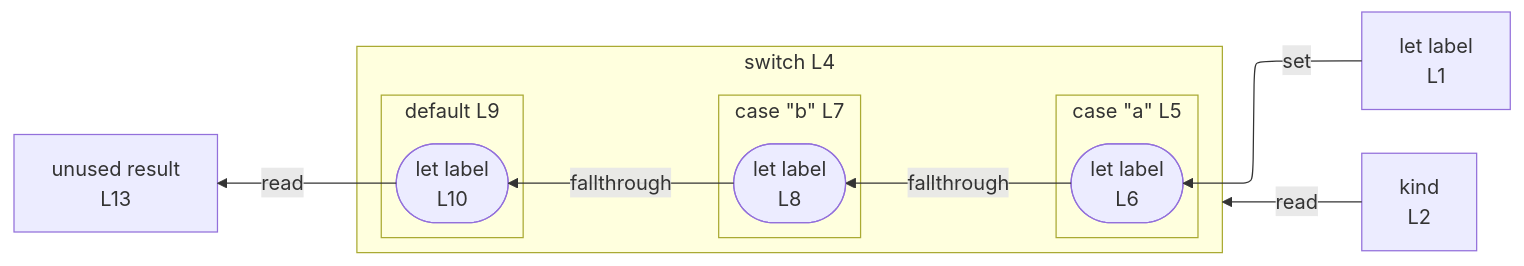
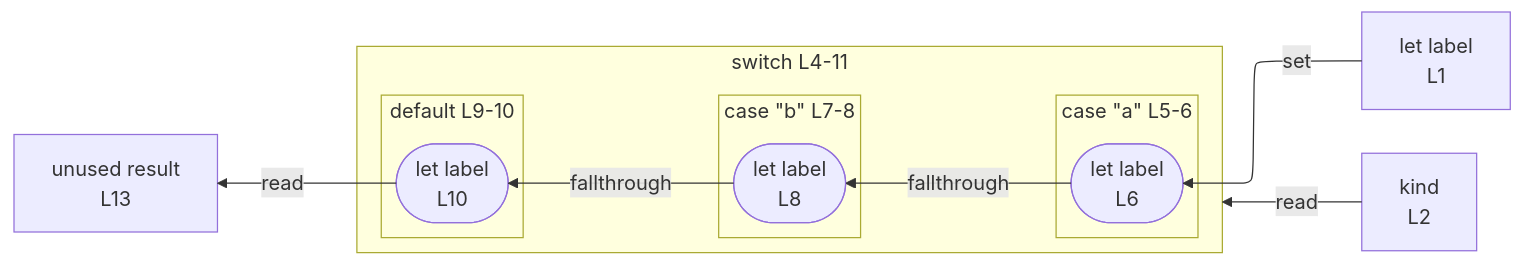
Before and after one commit to crescware/unsnarl: the diagram in integration/fixtures/control-switch-fallthrough/preview.md, drawn with Mermaid. The commit also changed 125 other files, not shown here.

````diff
--- a/integration/fixtures/control-switch-fallthrough/preview.md
+++ b/integration/fixtures/control-switch-fallthrough/preview.md
@@ -23,27 +23,27 @@
 ```mermaid
 %%{init: {"flowchart": {"defaultRenderer": "elk"}}}%%
 flowchart RL
   n_scope_0_label_4["let label<br/>L1"]
   n_scope_0_kind_22["kind<br/>L2"]
   n_scope_0_result_157["unused result<br/>L13"]
-  subgraph s_scope_1["switch L4"]
+  subgraph s_scope_1["switch L4-11"]
     direction RL
-    subgraph s_scope_2["case &quot;a&quot; L5"]
+    subgraph s_scope_2["case &quot;a&quot; L5-6"]
       direction RL
       wr_ref_1(["let label<br/>L6"])
     end
-    subgraph s_scope_3["case &quot;b&quot; L7"]
+    subgraph s_scope_3["case &quot;b&quot; L7-8"]
       direction RL
       wr_ref_2(["let label<br/>L8"])
     end
-    subgraph s_scope_4["default L9"]
+    subgraph s_scope_4["default L9-10"]
       direction RL
       wr_ref_3(["let label<br/>L10"])
     end
   end
   n_scope_0_label_4 -->|set| wr_ref_1
   wr_ref_1 -->|fallthrough| wr_ref_2
   wr_ref_2 -->|fallthrough| wr_ref_3
   n_scope_0_kind_22 -->|read| s_scope_1
   wr_ref_3 -->|read| n_scope_0_result_157
 ```
````
